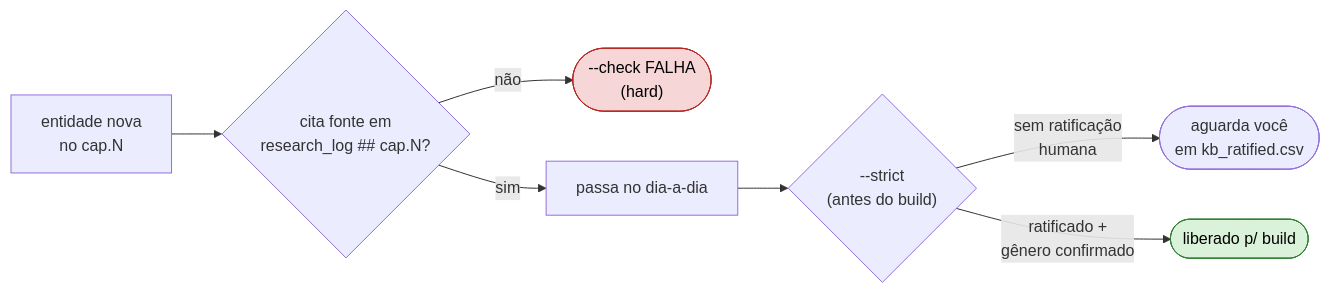
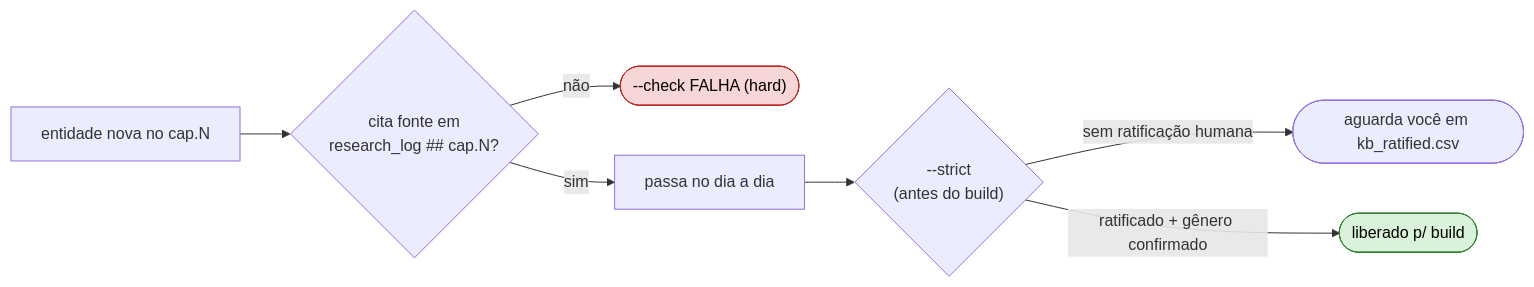
The fourth of 6 diagrams in docs/GOVERNANCE.md (scudellerlemos/translation-cognition-framework), drawn with Mermaid before and after one commit. The commit also changed other lines of this file and 14 other files, not shown here.

Commit message:
docs: reescreve 15 docs com C4 em mermaid e linguagem simples

````diff
--- a/docs/GOVERNANCE.md
+++ b/docs/GOVERNANCE.md
@@ -104,13 +112,13 @@
 ```mermaid
 flowchart LR
-  new["entidade nova<br/>no cap.N"] --> src{"cita fonte em<br/>research_log ## cap.N?"}
-  src -->|não| block(["--check FALHA<br/>(hard)"])
-  src -->|sim| soft["passa no dia-a-dia"]
+  new["entidade nova no cap.N"] --> src{"cita fonte em<br/>research_log ## cap.N?"}
+  src -->|não| block(["--check FALHA (hard)"])
+  src -->|sim| soft["passa no dia a dia"]
   soft --> strict{"--strict<br/>(antes do build)"}
-  strict -->|"sem ratificação<br/>humana"| hold(["aguarda você<br/>em kb_ratified.csv"])
-  strict -->|"ratificado +<br/>gênero confirmado"| pass(["liberado p/ build"])
+  strict -->|"sem ratificação humana"| hold(["aguarda você em kb_ratified.csv"])
+  strict -->|"ratificado + gênero confirmado"| pass(["liberado p/ build"])
   classDef bad fill:#f6d6d6,stroke:#b3261e,color:#000;
   classDef good fill:#d9f2d9,stroke:#2e7d32,color:#000;
   class block bad;
   class pass good;
 ```
````
